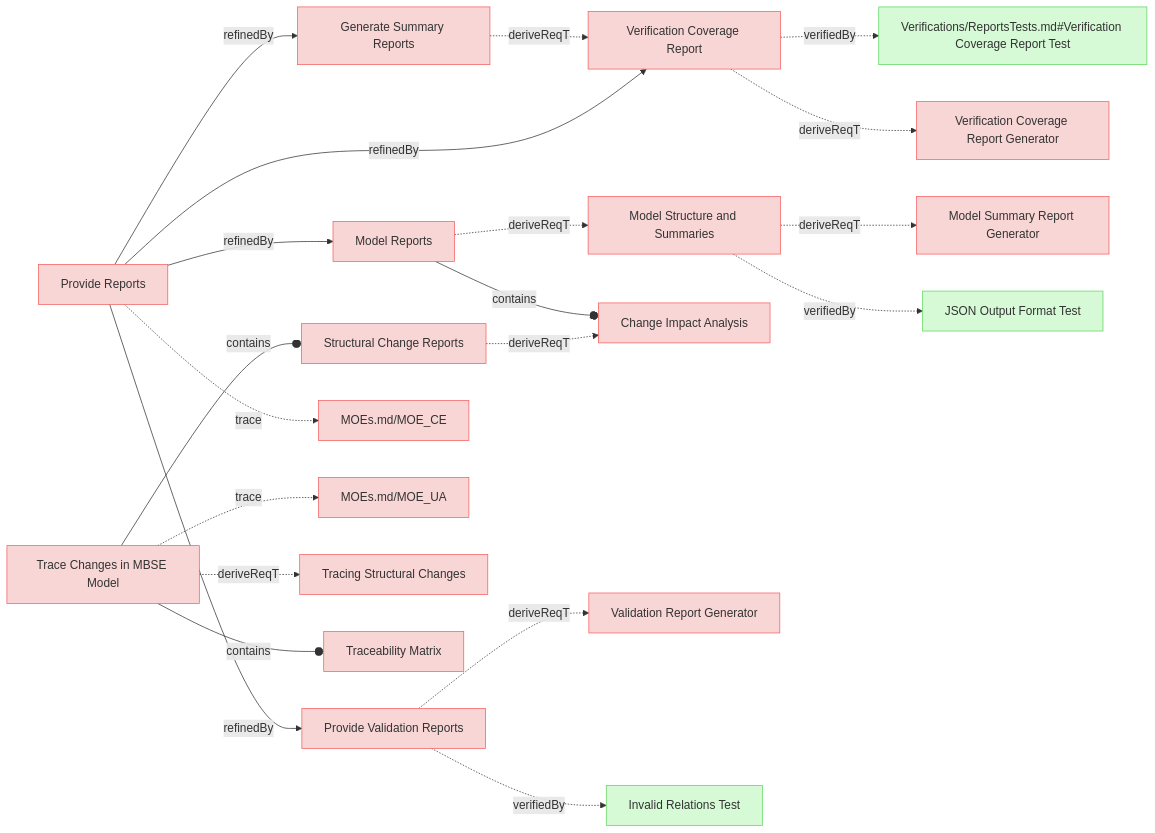
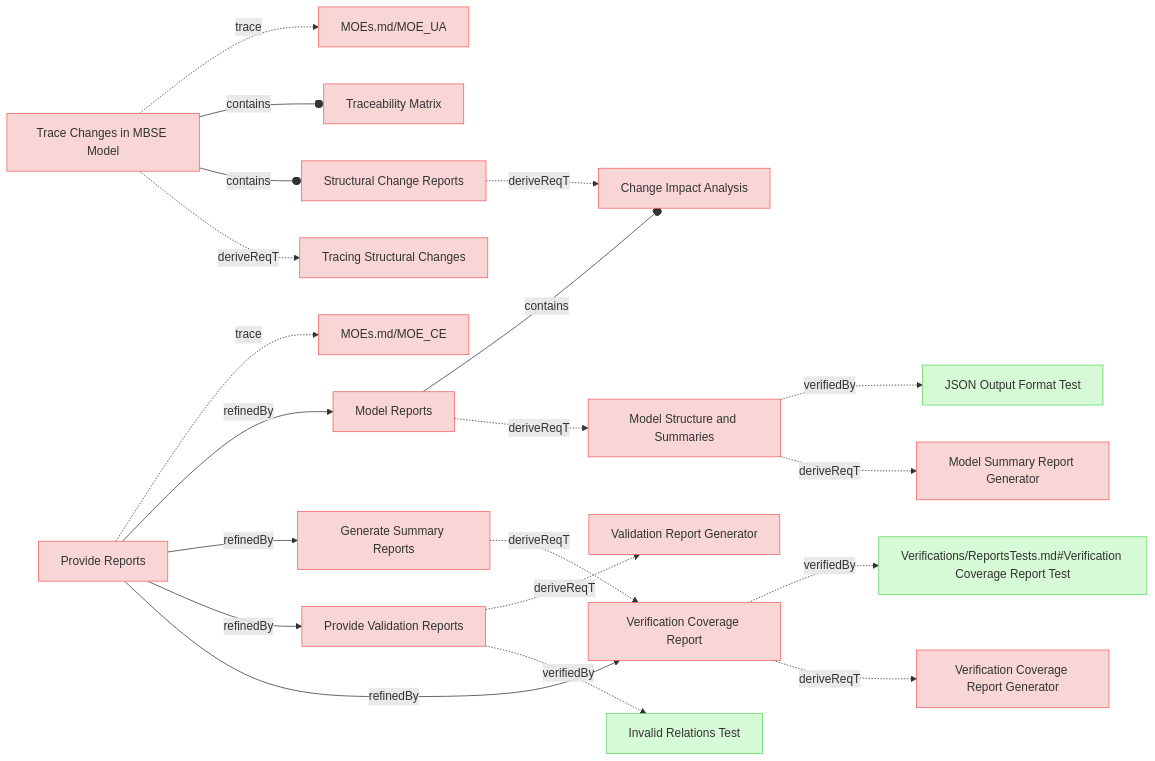
One commit to reqvire-org/reqvire changed the fifth of 9 diagrams in specifications/UserRequirements.md. Above: the diagram before and after it, drawn with Mermaid. The commit also changed other lines of this file and 15 other files, not shown here.

First line of the commit message:
docs: Update auto-generated diagrams with new requirement traceability

````diff
--- a/specifications/UserRequirements.md
+++ b/specifications/UserRequirements.md
@@ -488,11 +496,35 @@
 ```mermaid
 graph LR;
+  %% REQVIRE-AUTOGENERATED-DIAGRAM
   %% Graph styling
   classDef requirement fill:#f9d6d6,stroke:#f55f5f,stroke-width:1px;
   classDef verification fill:#d6f9d6,stroke:#5fd75f,stroke-width:1px;
   classDef externalLink fill:#d0e0ff,stroke:#3080ff,stroke-width:1px;
   classDef default fill:#f5f5f5,stroke:#333333,stroke-width:1px;
 
+  70701096d332c0b2["Model Reports"];
+  class 70701096d332c0b2 requirement;
+  click 70701096d332c0b2 "UserRequirements.md#model-reports";
+  9933cac5853a8584["Change Impact Analysis"];
+  class 9933cac5853a8584 requirement;
+  click 9933cac5853a8584 "UserRequirements.md#change-impact-analysis";
+  70701096d332c0b2 --o|contains| 9933cac5853a8584;
+  ad6f7a2d41d80a38["Model Structure and Summaries"];
+  class ad6f7a2d41d80a38 requirement;
+  click ad6f7a2d41d80a38 "UserRequirements.md#model-structure-and-summaries";
+  70701096d332c0b2 -.->|deriveReqT| ad6f7a2d41d80a38;
+  9a53e9c00918fd02["JSON Output Format Test"];
+  class 9a53e9c00918fd02 verification;
+  click 9a53e9c00918fd02 "Verifications/ValidationTests.md#json-output-format-test";
+  ad6f7a2d41d80a38 -.->|verifiedBy| 9a53e9c00918fd02;
+  b882613af131f35f["Model Summary Report Generator"];
+  class b882613af131f35f requirement;
+  click b882613af131f35f "SystemRequirements/Requirements.md#model-summary-report-generator";
+  ad6f7a2d41d80a38 -.->|deriveReqT| b882613af131f35f;
+  1908501a80db5c46["Structural Change Reports"];
+  class 1908501a80db5c46 requirement;
+  click 1908501a80db5c46 "UserRequirements.md#structural-change-reports";
+  1908501a80db5c46 -.->|deriveReqT| 9933cac5853a8584;
   b5c9876f83e7d0ce["Generate Summary Reports"];
   class b5c9876f83e7d0ce requirement;
   click b5c9876f83e7d0ce "UserRequirements.md#generate-summary-reports";
@@ -500,25 +532,6 @@
   class f7a606aa79ba438 requirement;
   click f7a606aa79ba438 "UserRequirements.md#verification-coverage-report";
   b5c9876f83e7d0ce -.->|deriveReqT| f7a606aa79ba438;
-  ad6f7a2d41d80a38["Model Structure and Summaries"];
-  class ad6f7a2d41d80a38 requirement;
-  click ad6f7a2d41d80a38 "UserRequirements.md#model-structure-and-summaries";
-  b882613af131f35f["Model Summary Report Generator"];
-  class b882613af131f35f requirement;
-  click b882613af131f35f "SystemRequirements/Requirements.md#model-summary-report-generator";
-  ad6f7a2d41d80a38 -.->|deriveReqT| b882613af131f35f;
-  9a53e9c00918fd02["JSON Output Format Test"];
-  class 9a53e9c00918fd02 verification;
-  click 9a53e9c00918fd02 "Verifications/ValidationTests.md#json-output-format-test";
-  ad6f7a2d41d80a38 -.->|verifiedBy| 9a53e9c00918fd02;
-  70701096d332c0b2["Model Reports"];
-  class 70701096d332c0b2 requirement;
-  click 70701096d332c0b2 "UserRequirements.md#model-reports";
-  70701096d332c0b2 -.->|deriveReqT| ad6f7a2d41d80a38;
-  9933cac5853a8584["Change Impact Analysis"];
-  class 9933cac5853a8584 requirement;
-  click 9933cac5853a8584 "UserRequirements.md#change-impact-analysis";
-  70701096d332c0b2 --o|contains| 9933cac5853a8584;
   ed31b6bed1cde2f8["Provide Validation Reports"];
   class ed31b6bed1cde2f8 requirement;
   click ed31b6bed1cde2f8 "UserRequirements.md#provide-validation-reports";
@@ -538,10 +551,22 @@
   class 2f5273c3b5655b33 requirement;
   click 2f5273c3b5655b33 "SystemRequirements/Requirements.md#verification-coverage-report-generator";
   f7a606aa79ba438 -.->|deriveReqT| 2f5273c3b5655b33;
-  1908501a80db5c46["Structural Change Reports"];
-  class 1908501a80db5c46 requirement;
-  click 1908501a80db5c46 "UserRequirements.md#structural-change-reports";
-  1908501a80db5c46 -.->|deriveReqT| 9933cac5853a8584;
+  5ef9c8ae19a9f55a["Trace Changes in MBSE Model"];
+  class 5ef9c8ae19a9f55a requirement;
+  click 5ef9c8ae19a9f55a "UserStories.md#trace-changes-in-mbse-model";
+  2c5f30f14e792200["MOEs.md/MOE_UA"];
+  class 2c5f30f14e792200 requirement;
+  click 2c5f30f14e792200 "MOEs.md#moe_ua";
+  5ef9c8ae19a9f55a -.->|trace| 2c5f30f14e792200;
+  4e30ea0930dc9c26["Traceability Matrix"];
+  class 4e30ea0930dc9c26 requirement;
+  click 4e30ea0930dc9c26 "UserRequirements.md#traceability-matrix";
+  5ef9c8ae19a9f55a --o|contains| 4e30ea0930dc9c26;
+  5ef9c8ae19a9f55a --o|contains| 1908501a80db5c46;
+  d7b7b13a5b8d96e1["Tracing Structural Changes"];
+  class d7b7b13a5b8d96e1 requirement;
+  click d7b7b13a5b8d96e1 "UserRequirements.md#tracing-structural-changes";
+  5ef9c8ae19a9f55a -.->|deriveReqT| d7b7b13a5b8d96e1;
   91a0adb0b4d959c4["Provide Reports"];
   class 91a0adb0b4d959c4 requirement;
   click 91a0adb0b4d959c4 "UserStories.md#provide-reports";
@@ -549,24 +574,8 @@
   class e9ad540a6411a0fc requirement;
   click e9ad540a6411a0fc "MOEs.md#moe_ce";
   91a0adb0b4d959c4 -.->|trace| e9ad540a6411a0fc;
+  91a0adb0b4d959c4 -->|refinedBy| 70701096d332c0b2;
   91a0adb0b4d959c4 -->|refinedBy| b5c9876f83e7d0ce;
-  91a0adb0b4d959c4 -->|refinedBy| 70701096d332c0b2;
   91a0adb0b4d959c4 -->|refinedBy| ed31b6bed1cde2f8;
   91a0adb0b4d959c4 -->|refinedBy| f7a606aa79ba438;
-  5ef9c8ae19a9f55a["Trace Changes in MBSE Model"];
-  class 5ef9c8ae19a9f55a requirement;
-  click 5ef9c8ae19a9f55a "UserStories.md#trace-changes-in-mbse-model";
-  2c5f30f14e792200["MOEs.md/MOE_UA"];
-  class 2c5f30f14e792200 requirement;
-  click 2c5f30f14e792200 "MOEs.md#moe_ua";
-  5ef9c8ae19a9f55a -.->|trace| 2c5f30f14e792200;
-  5ef9c8ae19a9f55a --o|contains| 1908501a80db5c46;
-  d7b7b13a5b8d96e1["Tracing Structural Changes"];
-  class d7b7b13a5b8d96e1 requirement;
-  click d7b7b13a5b8d96e1 "UserRequirements.md#tracing-structural-changes";
-  5ef9c8ae19a9f55a -.->|deriveReqT| d7b7b13a5b8d96e1;
-  4e30ea0930dc9c26["Traceability Matrix"];
-  class 4e30ea0930dc9c26 requirement;
-  click 4e30ea0930dc9c26 "UserRequirements.md#traceability-matrix";
-  5ef9c8ae19a9f55a --o|contains| 4e30ea0930dc9c26;
 ```
````
